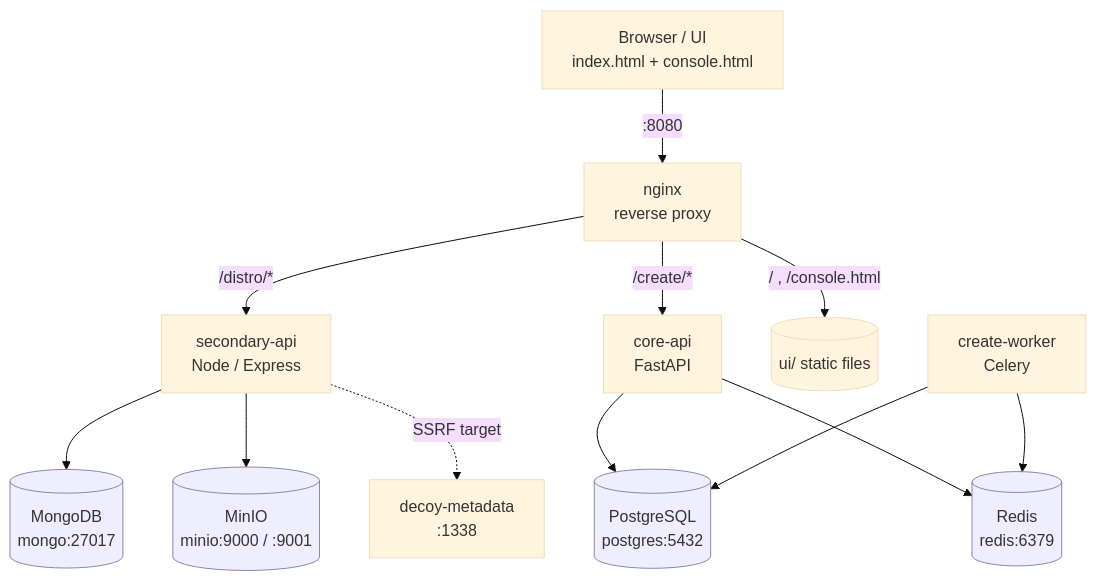
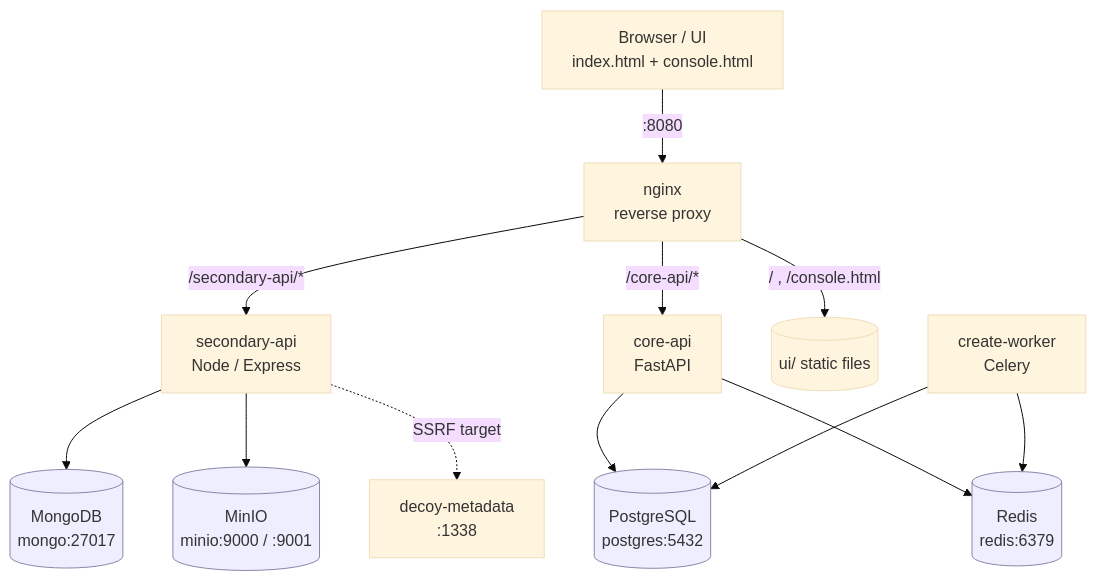
The first of 2 diagrams in README.md (TheVoidThatConsumes/TenantSheep), drawn with Mermaid (base theme) before and after one commit. The commit also changed other lines of this file, not shown here.

Commit message:
Update API references in README.md

````diff
--- a/README.md
+++ b/README.md
@@ -37,20 +37,20 @@
 ```mermaid
 graph TD
     Browser["Browser / UI<br/>index.html + console.html"] -->|":8080"| Nginx["nginx<br/>reverse proxy"]
 
-    Nginx -->|"/distro/*"| Sec["secondary-api<br/>Node / Express"]
-    Nginx -->|"/create/*"| Core["core-api<br/>FastAPI"]
+    Nginx -->|"/secondary-api/*"| Sec["secondary-api<br/>Node / Express"]
+    Nginx -->|"/core-api/*"| Core["core-api<br/>FastAPI"]
     Nginx -->|"/ , /console.html"| StaticUI[("ui/ static files")]
 
     Sec --> Mongo[("MongoDB<br/>mongo:27017")]
     Sec --> MinIO[("MinIO<br/>minio:9000 / :9001")]
     Sec -.->|"SSRF target"| Decoy["decoy-metadata<br/>:1338"]
 
     Core --> Postgres[("PostgreSQL<br/>postgres:5432")]
     Core --> Redis[("Redis<br/>redis:6379")]
     Worker["create-worker<br/>Celery"] --> Redis
     Worker --> Postgres
 
     classDef store fill:#eef,stroke:#88a,stroke-width:1px
     class Mongo,Postgres,Redis,MinIO store
 ```
````
